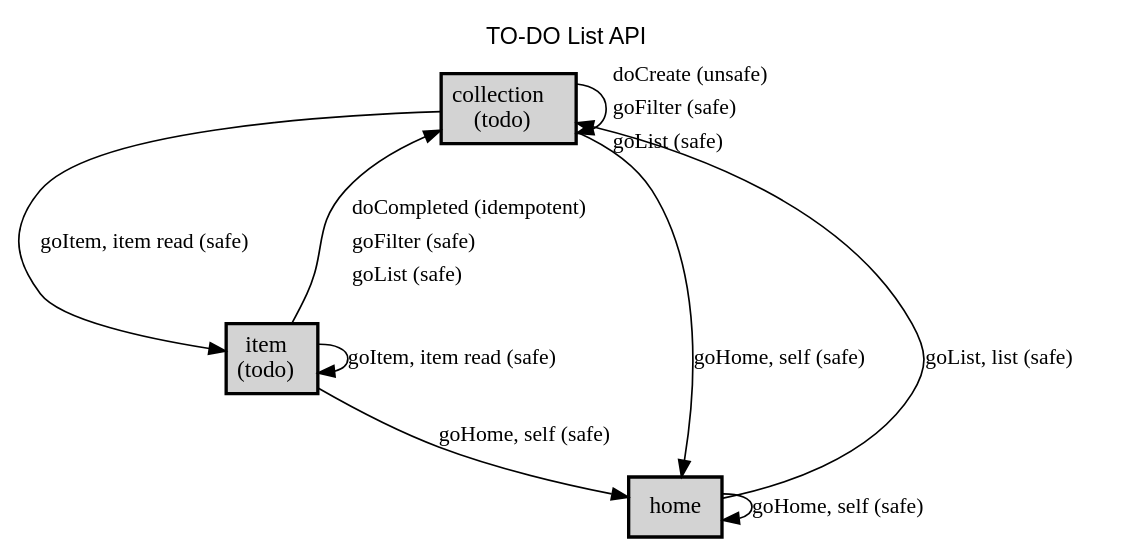
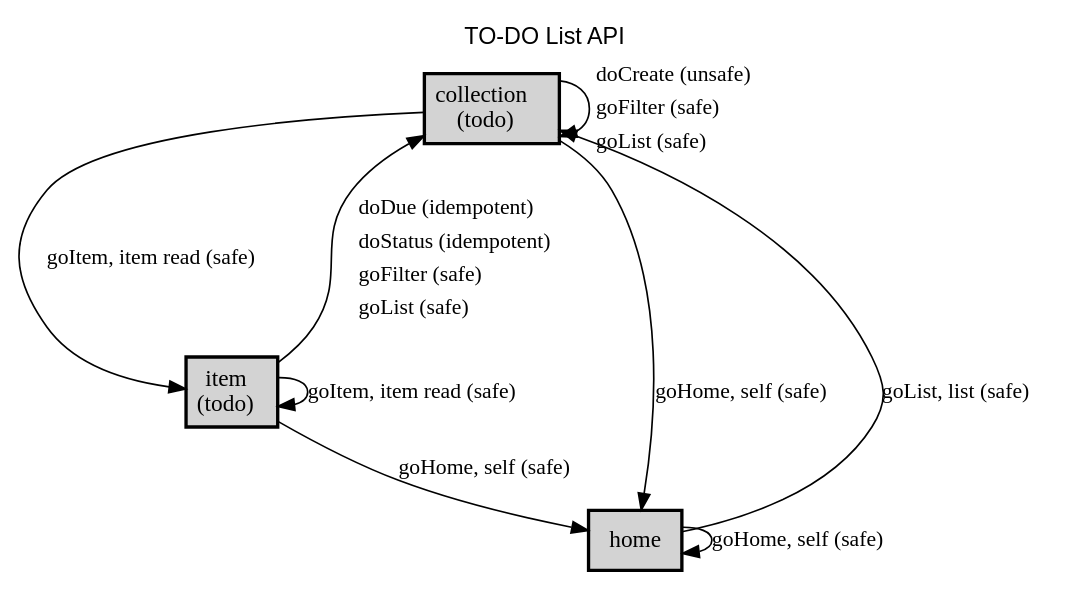
The diagram in scratch/01-design/alps/todo-alps.dot (mamund/api-fundamentals), drawn with Graphviz before and after one commit. The commit also changed 15 other files, not shown here.

```diff
--- a/scratch/01-design/alps/todo-alps.dot
+++ b/scratch/01-design/alps/todo-alps.dot
@@ -1,24 +1,24 @@
 digraph application_state_diagram {
   graph [
     labelloc="t";
     fontname="Helvetica"
     label="TO-DO List API";
     URL="index.html" target="_parent"
   ];
   node [shape = box, style = "bold,filled" fillcolor="lightgray"];
 
     collection [margin=0.02, label=<<table cellspacing="0" cellpadding="5" border="0"><tr><td>collection<br />(todo)<br /></td></tr></table>>,shape=box URL="docs/semantic.collection.html" target="_parent"]
     item [margin=0.02, label=<<table cellspacing="0" cellpadding="5" border="0"><tr><td>item<br />(todo)<br /></td></tr></table>>,shape=box URL="docs/semantic.item.html" target="_parent"]
 
     collection -> collection [label=<<table border="0"><tr><td align="left" href="docs/unsafe.doCreate.html">doCreate (unsafe)</td></tr><tr><td align="left" href="docs/safe.goFilter.html">goFilter (safe)</td></tr><tr><td align="left" href="docs/safe.goList.html">goList (safe)</td></tr></table>> fontsize=13];
     collection -> home [label = <goHome, self (safe)> URL="docs/safe.goHome.html" target="_parent" fontsize=13];
     collection -> item [label = <goItem, item read (safe)> URL="docs/safe.goItem.html" target="_parent" fontsize=13];
     home -> collection [label = <goList, list (safe)> URL="docs/safe.goList.html" target="_parent" fontsize=13];
     home -> home [label = <goHome, self (safe)> URL="docs/safe.goHome.html" target="_parent" fontsize=13];
-    item -> collection [label=<<table border="0"><tr><td align="left" href="docs/idempotent.doCompleted.html">doCompleted (idempotent)</td></tr><tr><td align="left" href="docs/safe.goFilter.html">goFilter (safe)</td></tr><tr><td align="left" href="docs/safe.goList.html">goList (safe)</td></tr></table>> fontsize=13];
+    item -> collection [label=<<table border="0"><tr><td align="left" href="docs/idempotent.doDue.html">doDue (idempotent)</td></tr><tr><td align="left" href="docs/idempotent.doStatus.html">doStatus (idempotent)</td></tr><tr><td align="left" href="docs/safe.goFilter.html">goFilter (safe)</td></tr><tr><td align="left" href="docs/safe.goList.html">goList (safe)</td></tr></table>> fontsize=13];
     item -> home [label = <goHome, self (safe)> URL="docs/safe.goHome.html" target="_parent" fontsize=13];
     item -> item [label = <goItem, item read (safe)> URL="docs/safe.goItem.html" target="_parent" fontsize=13];
 
     home [label = <home> URL="docs/semantic.home.html" target="_parent"]
 
 }
```
